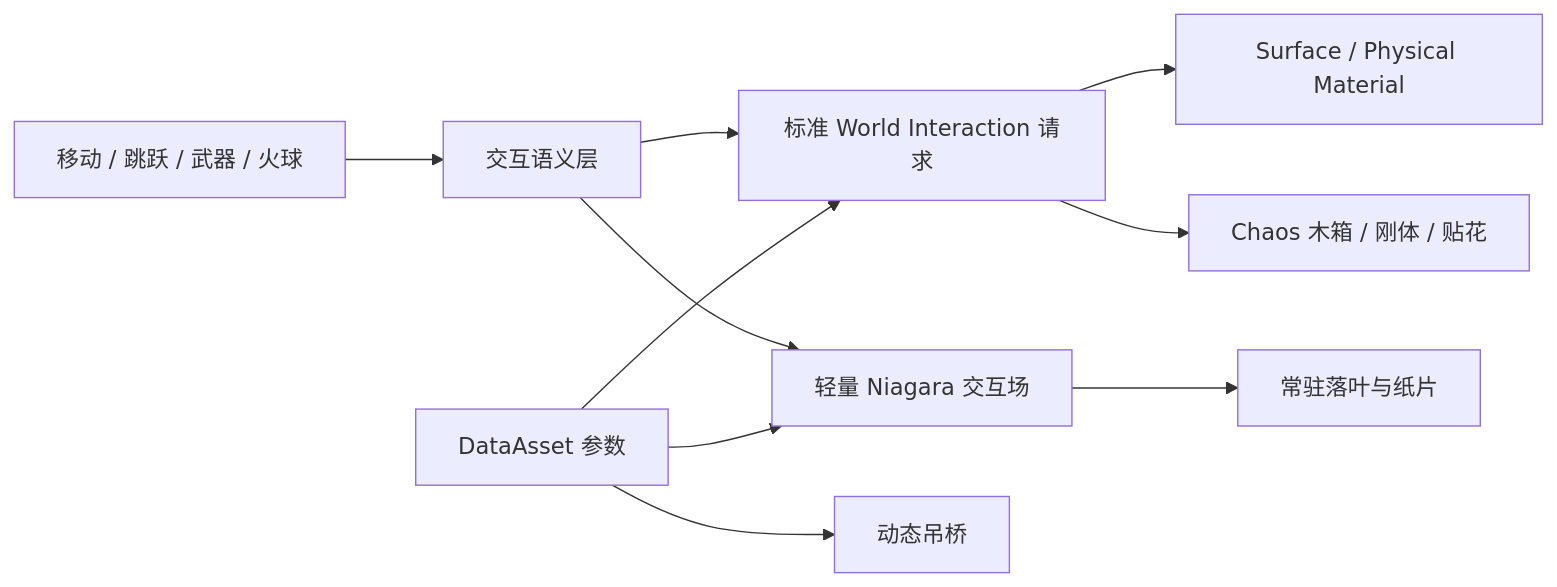
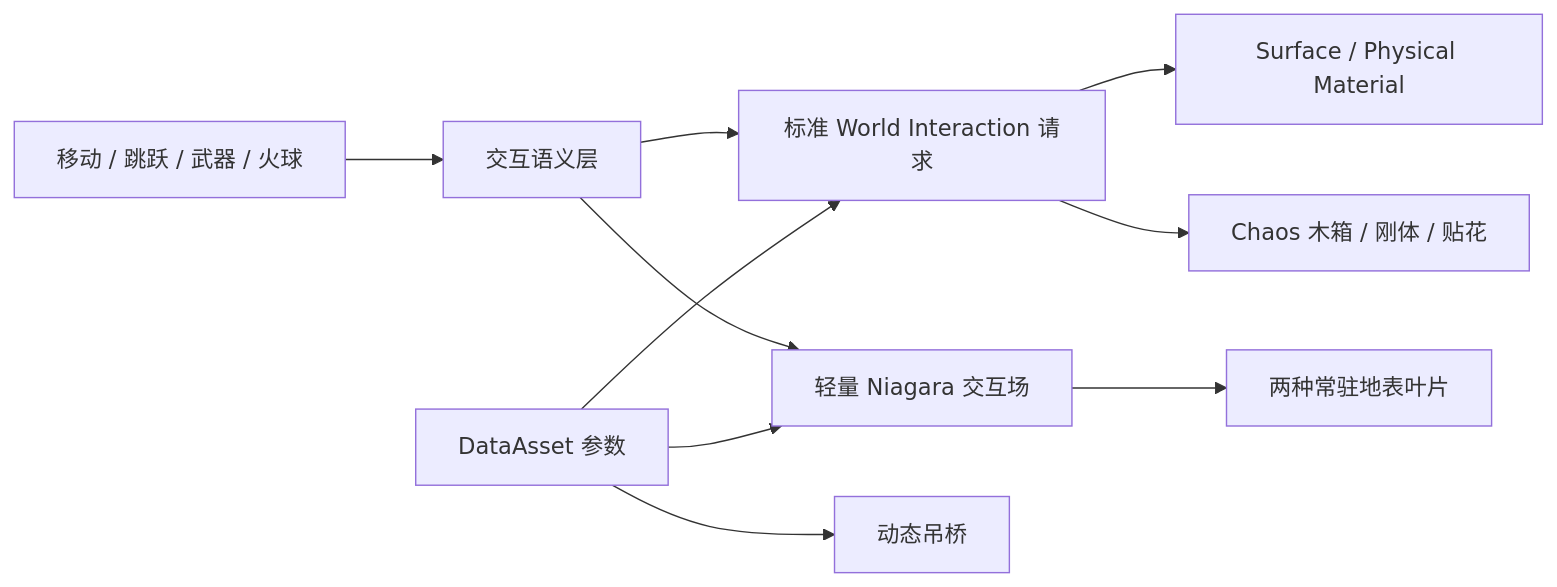
Before and after one commit to GoodNatGod/UE5-Physics-Interaction-Demo: the diagram in README.md, drawn with Mermaid. The commit also changed other lines of this file and 39 other files, not shown here.

````diff
--- a/README.md
+++ b/README.md
@@ -53,12 +53,12 @@
 ```mermaid
 flowchart LR
     A["移动 / 跳跃 / 武器 / 火球"] --> B["交互语义层"]
     B --> C["标准 World Interaction 请求"]
     B --> D["轻量 Niagara 交互场"]
     C --> E["Surface / Physical Material"]
     C --> F["Chaos 木箱 / 刚体 / 贴花"]
-    D --> G["常驻落叶与纸片"]
+    D --> G["两种常驻地表叶片"]
     H["DataAsset 参数"] --> C
     H --> D
     H --> I["动态吊桥"]
 ```
````
